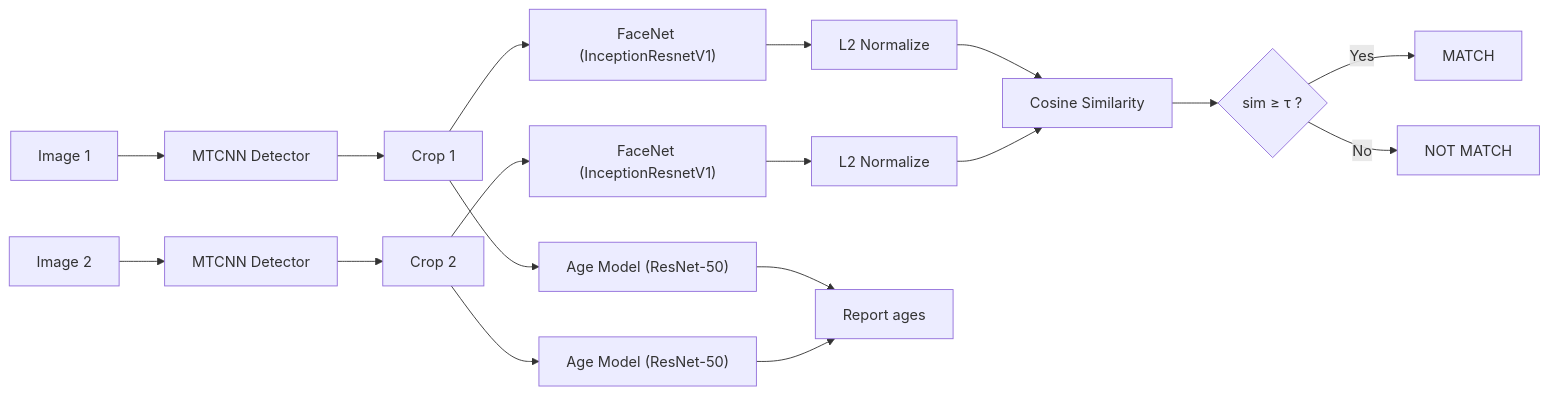
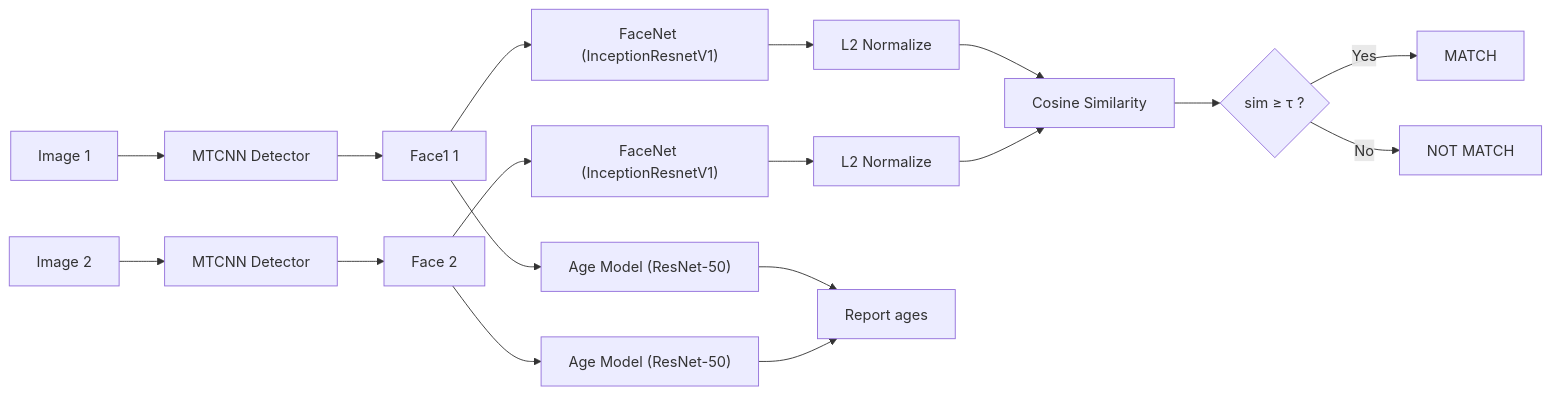
One commit to ahmedgamal74-cmp/Face-Matching-System-for-The-Same-Individual-at-Different-Ages changed the diagram in README.md. Above: the diagram before and after it, drawn with Mermaid.

Commit message:
readme commit

````diff
--- a/README.md
+++ b/README.md
@@ -56,27 +56,27 @@
 ```mermaid
 flowchart LR
     A[Image 1] --> B[MTCNN Detector]
     A2[Image 2] --> B2[MTCNN Detector]
 
-    B --> C[Crop 1]
-    B2 --> C2[Crop 2]
+    B --> C[Face1 1]
+    B2 --> C2[Face 2]
 
     C --> D1["Age Model (ResNet-50)"]
     C2 --> D2["Age Model (ResNet-50)"]
 
     C --> E1["FaceNet (InceptionResnetV1)"]
     C2 --> E2["FaceNet (InceptionResnetV1)"]
 
     E1 --> F1[L2 Normalize]
     E2 --> F2[L2 Normalize]
 
     F1 --> G[Cosine Similarity]
     F2 --> G
 
     D1 --> H[Report ages]
     D2 --> H
 
     G --> I{"sim ≥ τ ?"}
     I --> |Yes| J[MATCH]
     I --> |No| K[NOT MATCH]
 ```
````
